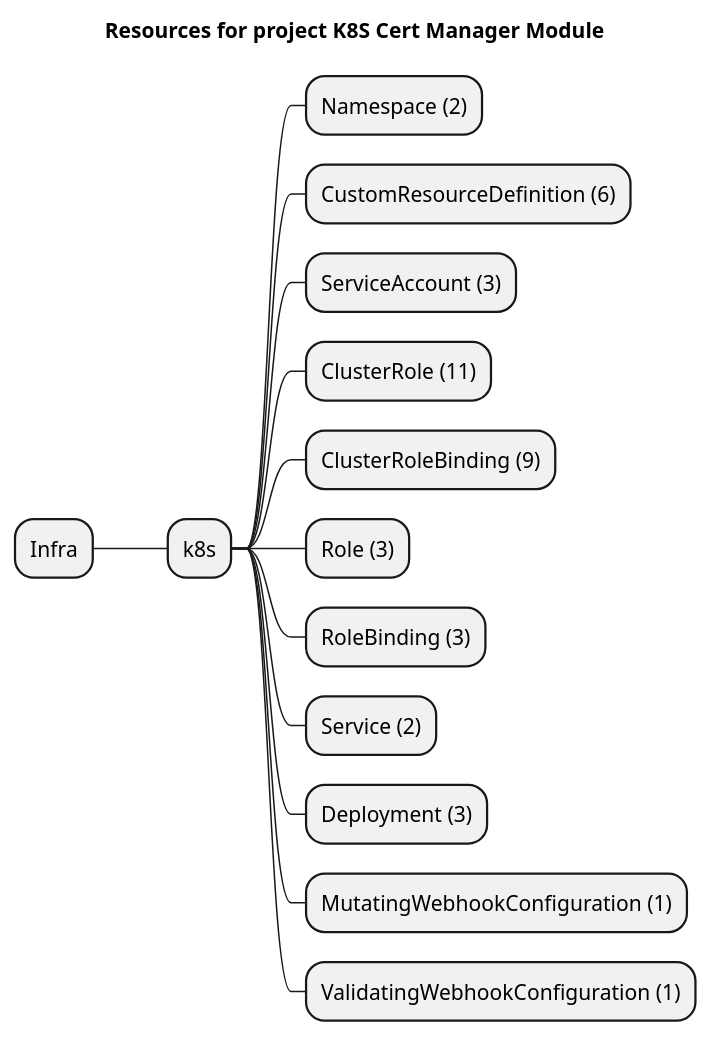
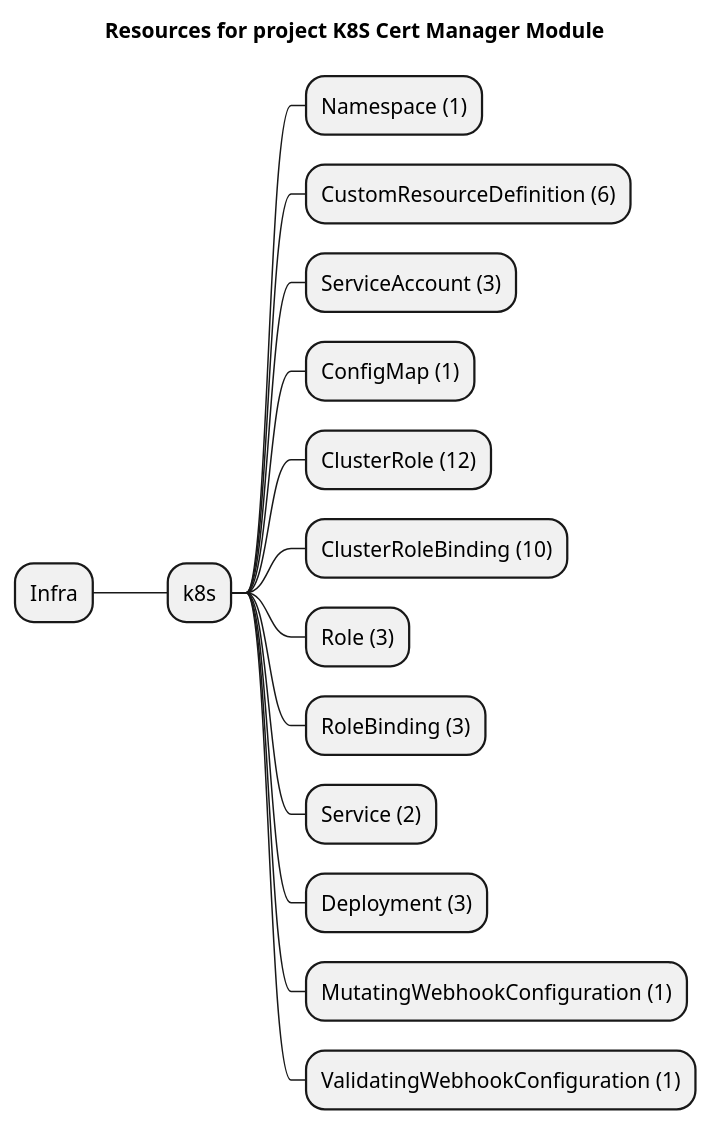
Before and after one commit to grucloud/grucloud: the diagram in packages/modules/k8s/cert-manager/example/artifacts/resources-mindmap.puml, drawn with PlantUML. The commit also changed 14 other files, not shown here.

```diff
--- a/packages/modules/k8s/cert-manager/example/artifacts/resources-mindmap.puml
+++ b/packages/modules/k8s/cert-manager/example/artifacts/resources-mindmap.puml
@@ -1,17 +1,18 @@
 @startmindmap
 title Resources for project K8S Cert Manager Module
 skinparam monochrome true
 + Infra
 ++ k8s
-+++ Namespace (2)
++++ Namespace (1)
 +++ CustomResourceDefinition (6)
 +++ ServiceAccount (3)
-+++ ClusterRole (11)
-+++ ClusterRoleBinding (9)
++++ ConfigMap (1)
++++ ClusterRole (12)
++++ ClusterRoleBinding (10)
 +++ Role (3)
 +++ RoleBinding (3)
 +++ Service (2)
 +++ Deployment (3)
 +++ MutatingWebhookConfiguration (1)
 +++ ValidatingWebhookConfiguration (1)
 @endmindmap
```
